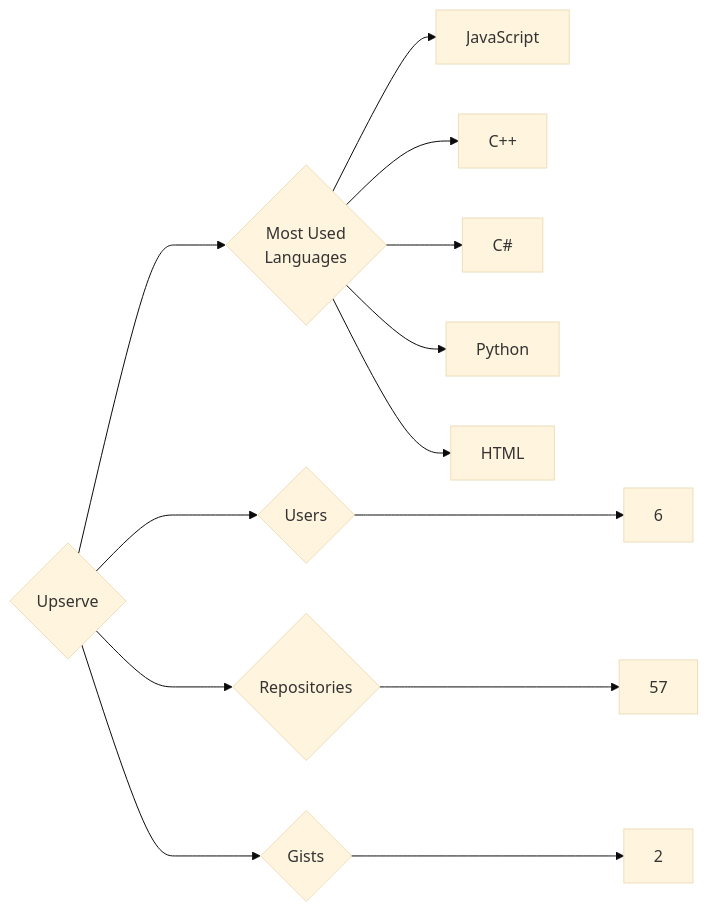
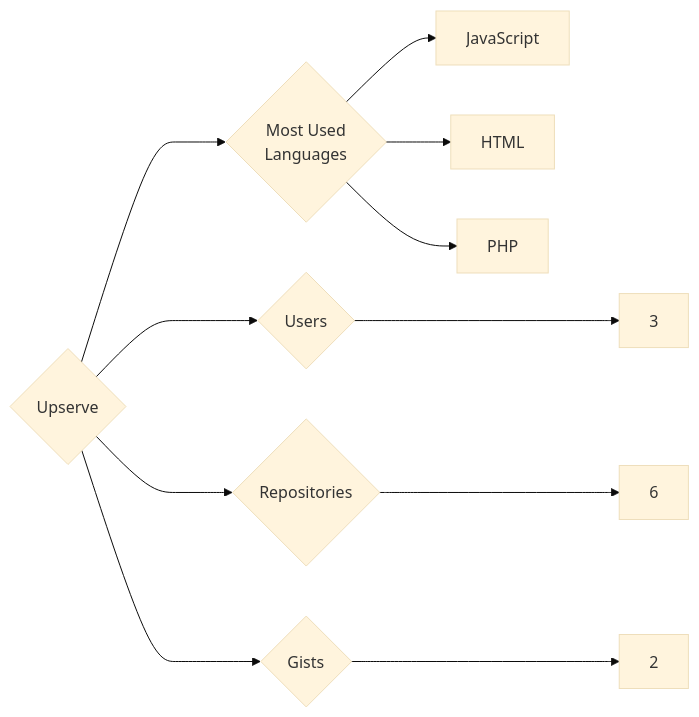
Before and after one commit to trickest/insiders: the diagram in targets/Upserve/README.md, drawn with Mermaid (base theme). The commit also changed 833 other files, not shown here.

````diff
--- a/targets/Upserve/README.md
+++ b/targets/Upserve/README.md
@@ -3,13 +3,11 @@
 ```mermaid
 graph LR
 COMPANY_NAME{Upserve}
-COMPANY_NAME ---> U{Users} ---> UN[6]
-COMPANY_NAME ---> R{Repositories} ---> RN[57]
+COMPANY_NAME ---> U{Users} ---> UN[3]
+COMPANY_NAME ---> R{Repositories} ---> RN[6]
 COMPANY_NAME ---> G{Gists} ---> GN[2]
 COMPANY_NAME ---> ML{Most Used<br>Languages}
 ML --> JavaScript[JavaScript]
-ML --> C++[C++]
-ML --> C#[C#]
-ML --> Python[Python]
 ML --> HTML[HTML]
+ML --> PHP[PHP]
 ```
````
